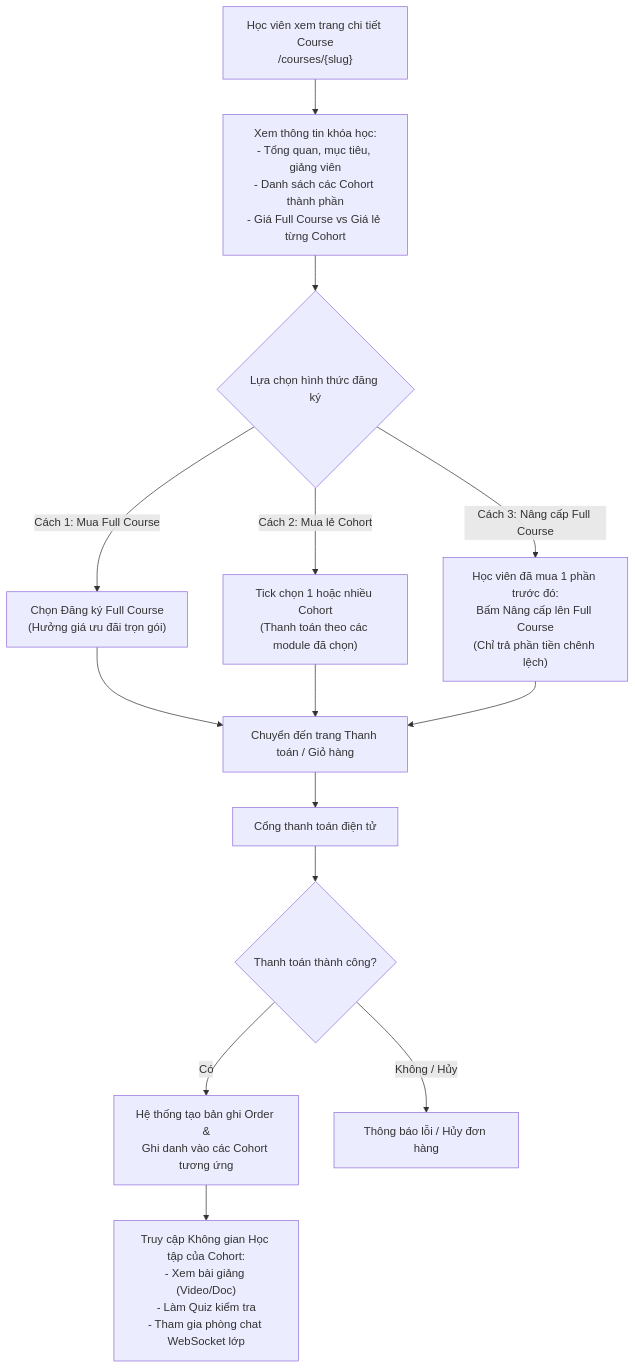
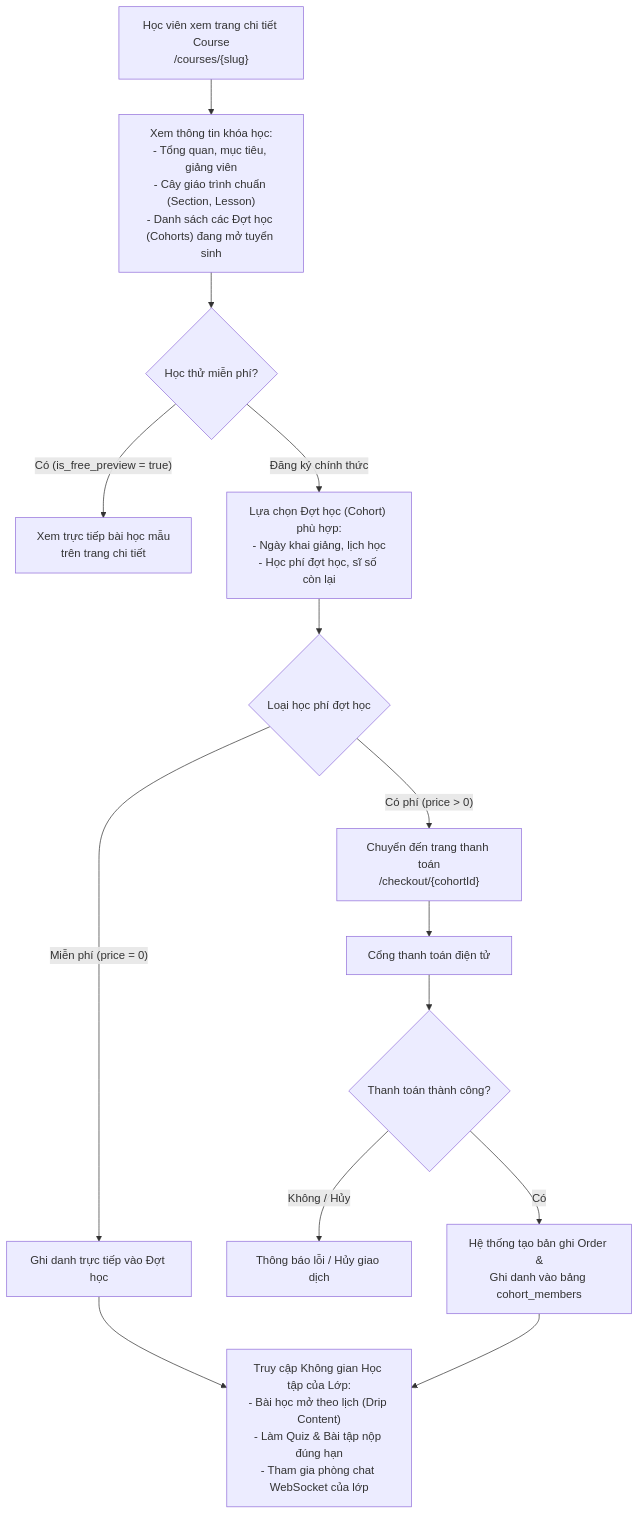
One commit to TienNguyen23-12/utelearn-platform changed the first of 2 diagrams in utelearn/docs/usecases/UC05_HocTrucTuyen.md. Above: the diagram before and after it, drawn with Mermaid. The commit also changed other lines of this file and 17 other files, not shown here.

Commit message:
feat(cohort): support individual cohort and full course enrollment

````diff
--- a/utelearn/docs/usecases/UC05_HocTrucTuyen.md
+++ b/utelearn/docs/usecases/UC05_HocTrucTuyen.md
@@ -5,22 +5,20 @@
 ```mermaid
 graph TD
-    Start["Học viên xem trang chi tiết Course<br/>/courses/{slug}"] --> ViewDetails["Xem thông tin khóa học:<br/>- Tổng quan, mục tiêu, giảng viên<br/>- Danh sách các Cohort thành phần<br/>- Giá Full Course vs Giá lẻ từng Cohort"]
+    Start["Học viên xem trang chi tiết Course<br/>/courses/{slug}"] --> ViewDetails["Xem thông tin khóa học:<br/>- Tổng quan, mục tiêu, giảng viên<br/>- Cây giáo trình chuẩn (Section, Lesson)<br/>- Danh sách các Đợt học (Cohorts) đang mở tuyển sinh"]
 
-    ViewDetails --> Decision{"Lựa chọn hình thức đăng ký"}
+    ViewDetails --> PreviewCheck{"Học thử miễn phí?"}
+    PreviewCheck -->|"Có (is_free_preview = true)"| FreePreview["Xem trực tiếp bài học mẫu<br/>trên trang chi tiết"]
+    PreviewCheck -->|"Đăng ký chính thức"| SelectCohort["Lựa chọn Đợt học (Cohort) phù hợp:<br/>- Ngày khai giảng, lịch học<br/>- Học phí đợt học, sĩ số còn lại"]
 
-    Decision -->|"Cách 1: Mua Full Course"| BuyFull["Chọn Đăng ký Full Course<br/>(Hưởng giá ưu đãi trọn gói)"]
-    Decision -->|"Cách 2: Mua lẻ Cohort"| BuyCohorts["Tick chọn 1 hoặc nhiều Cohort<br/>(Thanh toán theo các module đã chọn)"]
-    Decision -->|"Cách 3: Nâng cấp Full Course"| UpgradeCourse["Học viên đã mua 1 phần trước đó:<br/>Bấm Nâng cấp lên Full Course<br/>(Chỉ trả phần tiền chênh lệch)"]
-
-    BuyFull --> Checkout["Chuyển đến trang Thanh toán / Giỏ hàng"]
-    BuyCohorts --> Checkout
-    UpgradeCourse --> Checkout
+    SelectCohort --> EnrollAction{"Loại học phí đợt học"}
+    EnrollAction -->|"Miễn phí (price = 0)"| DirectEnroll["Ghi danh trực tiếp vào Đợt học"]
+    EnrollAction -->|"Có phí (price > 0)"| Checkout["Chuyển đến trang thanh toán<br/>/checkout/{cohortId}"]
 
     Checkout --> PaymentGate["Cổng thanh toán điện tử"]
     PaymentGate --> SuccessCheck{"Thanh toán thành công?"}
+    SuccessCheck -->|"Không / Hủy"| CancelMsg["Thông báo lỗi / Hủy giao dịch"]
+    SuccessCheck -->|"Có"| CreateEnrollment["Hệ thống tạo bản ghi Order &<br/>Ghi danh vào bảng cohort_members"]
 
-    SuccessCheck -->|"Có"| CreateEnrollment["Hệ thống tạo bản ghi Order &<br/>Ghi danh vào các Cohort tương ứng"]
-    SuccessCheck -->|"Không / Hủy"| CancelMsg["Thông báo lỗi / Hủy đơn hàng"]
-
-    CreateEnrollment --> LearningSpace["Truy cập Không gian Học tập của Cohort:<br/>- Xem bài giảng (Video/Doc)<br/>- Làm Quiz kiểm tra<br/>- Tham gia phòng chat WebSocket lớp"]
+    DirectEnroll --> LearningSpace["Truy cập Không gian Học tập của Lớp:<br/>- Bài học mở theo lịch (Drip Content)<br/>- Làm Quiz & Bài tập nộp đúng hạn<br/>- Tham gia phòng chat WebSocket của lớp"]
+    CreateEnrollment --> LearningSpace
 ```
````
